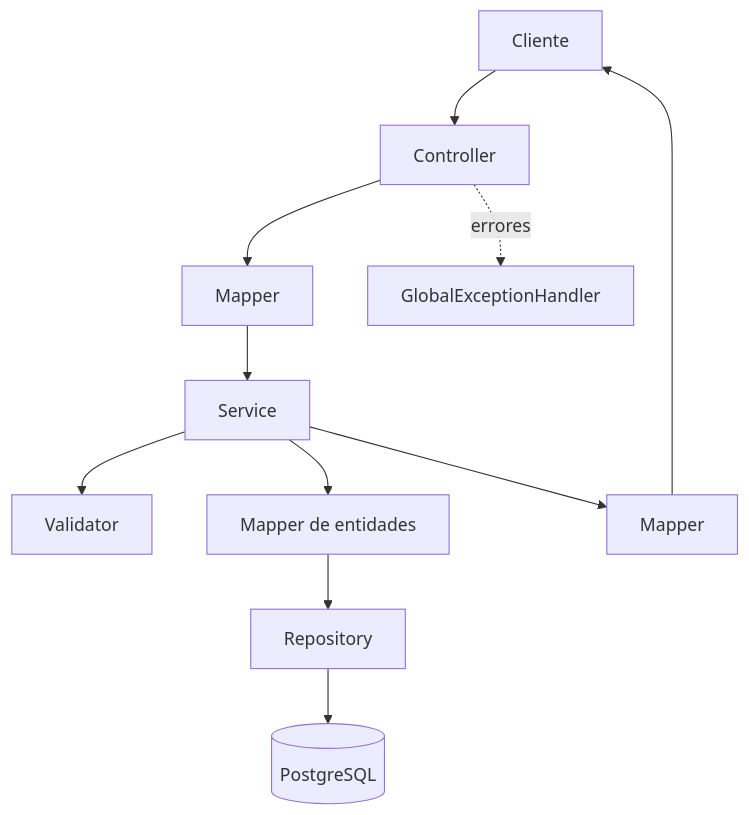
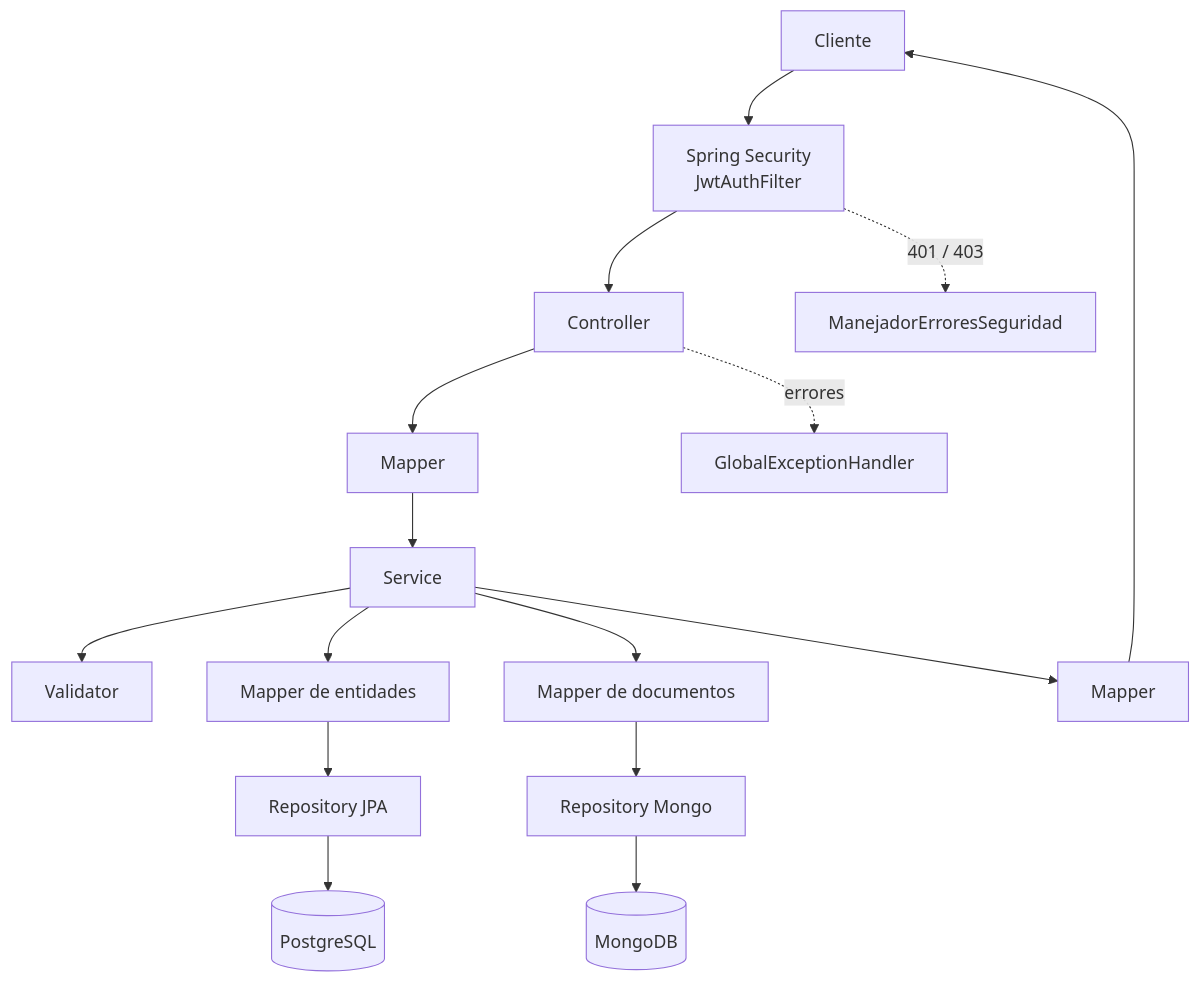
Before and after one commit to JUANNICOLASA/Bitacora_Corte2_NicolasAlvarez: the first of 5 diagrams in README.md, drawn with Mermaid. The commit also changed other lines of this file and 17 other files, not shown here.

Commit message:
README con indice, seguridad, Docker, CI/CD, diagramas y evidencias

````diff
--- a/README.md
+++ b/README.md
@@ -96,13 +119,18 @@
 ```mermaid
 flowchart TD
-    C["Cliente"] --> CTRL["Controller"]
+    C["Cliente"] --> SEC["Spring Security<br/>JwtAuthFilter"]
+    SEC --> CTRL["Controller"]
     CTRL --> M1["Mapper"]
     M1 --> SVC["Service"]
     SVC --> VAL["Validator"]
     SVC --> ME["Mapper de entidades"]
-    ME --> REPO["Repository"]
+    SVC --> MD["Mapper de documentos"]
+    ME --> REPO["Repository JPA"]
+    MD --> MREPO["Repository Mongo"]
     REPO --> DB[("PostgreSQL")]
+    MREPO --> MDB[("MongoDB")]
     SVC --> M2["Mapper"]
     M2 --> C
     CTRL -. errores .-> GEH["GlobalExceptionHandler"]
+    SEC -. 401 / 403 .-> MES["ManejadorErroresSeguridad"]
 ```
````
